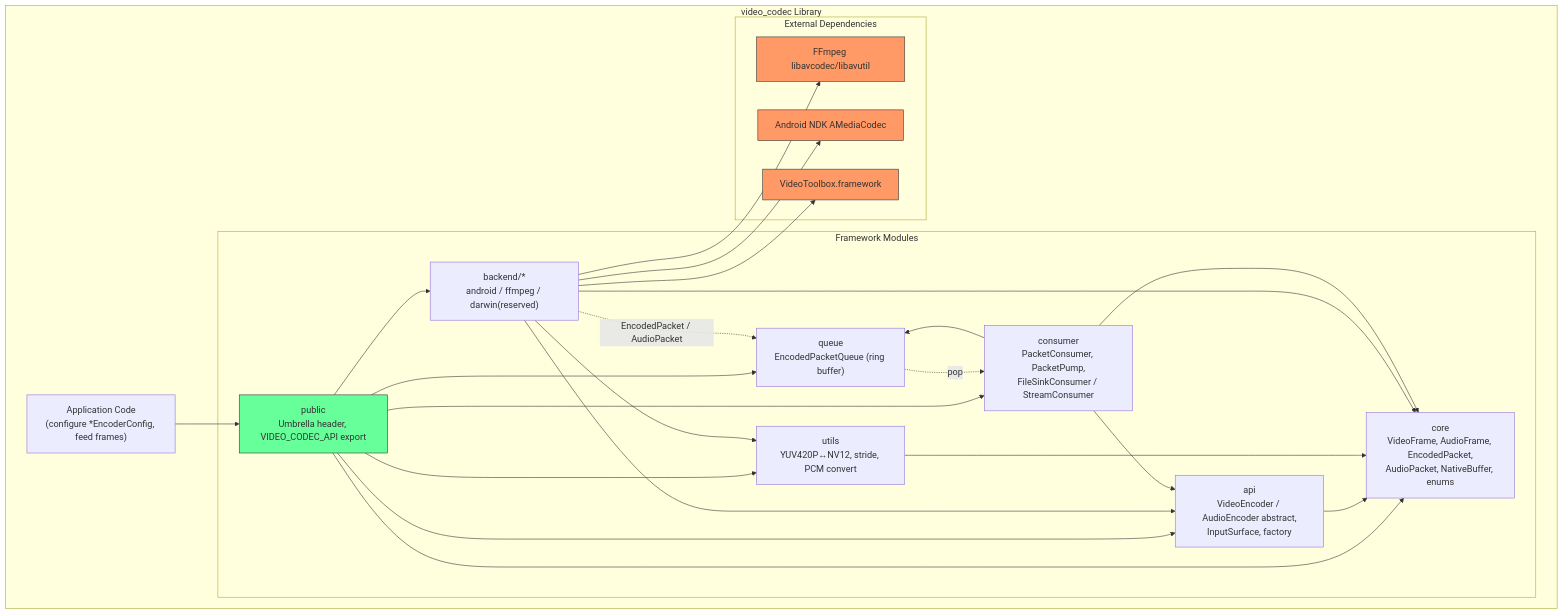
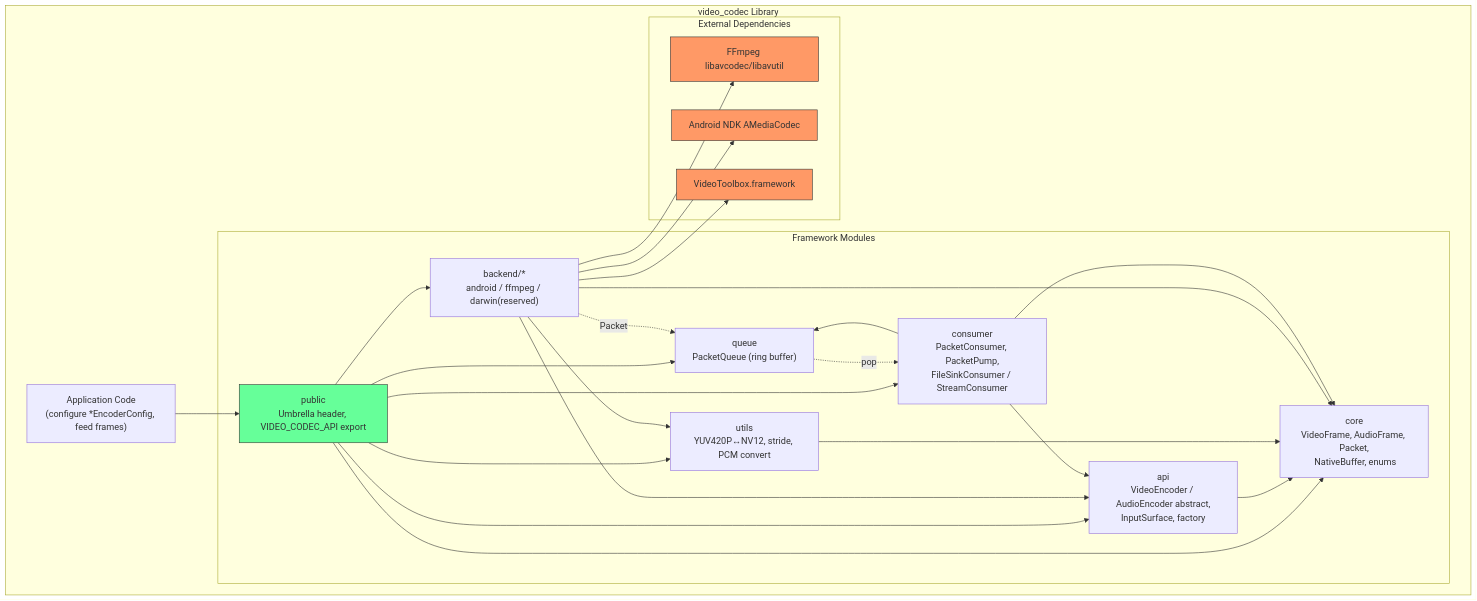
Before and after one commit to oxsource/video_codec: the first of 7 diagrams in specs/002-architecture-engineering-design/plan.md, drawn with Mermaid. The commit also changed other lines of this file and 55 other files, not shown here.

First line of the commit message:
refactor(core): unify Packet type (drop Encoded prefix, merge AudioPacket)

````diff
--- a/specs/002-architecture-engineering-design/plan.md
+++ b/specs/002-architecture-engineering-design/plan.md
@@ -133,48 +133,48 @@
 ```mermaid
 graph TD
     subgraph "video_codec Library"
         APP["Application Code<br/>(configure *EncoderConfig, feed frames)"]
 
         subgraph "Framework Modules"
-            CORE["core<br/>VideoFrame, AudioFrame, EncodedPacket,<br/>AudioPacket, NativeBuffer, enums"]
+            CORE["core<br/>VideoFrame, AudioFrame, Packet,<br/> NativeBuffer, enums"]
             API["api<br/>VideoEncoder / AudioEncoder abstract,<br/>InputSurface, factory"]
             UTILS["utils<br/>YUV420P↔NV12, stride, PCM convert"]
             BFF["backend/*<br/>android / ffmpeg / darwin(reserved)"]
-            QUEUE["queue<br/>EncodedPacketQueue (ring buffer)"]
+            QUEUE["queue<br/>PacketQueue (ring buffer)"]
             CONSUMER["consumer<br/>PacketConsumer, PacketPump,<br/>FileSinkConsumer / StreamConsumer"]
             PUBLIC["public<br/>Umbrella header, VIDEO_CODEC_API export"]
         end
 
         subgraph "External Dependencies"
             FFMPEG["FFmpeg libavcodec/libavutil"]
             NDK["Android NDK AMediaCodec"]
             VT["VideoToolbox.framework"]
         end
 
         APP --> PUBLIC
         PUBLIC --> API
         PUBLIC --> CORE
         PUBLIC --> UTILS
         PUBLIC --> BFF
         PUBLIC --> QUEUE
         PUBLIC --> CONSUMER
         API --> CORE
         UTILS --> CORE
         BFF --> API
         BFF --> CORE
         BFF --> UTILS
         BFF --> FFMPEG
         BFF --> NDK
         BFF --> VT
-        BFF -.->|EncodedPacket / AudioPacket| QUEUE
+        BFF -.->|Packet| QUEUE
         CONSUMER --> QUEUE
         CONSUMER --> API
         CONSUMER --> CORE
         QUEUE -.->|pop| CONSUMER
     end
 
     style FFMPEG fill:#f96,stroke:#333
     style NDK fill:#f96,stroke:#333
     style VT fill:#f96,stroke:#333
     style PUBLIC fill:#6f9,stroke:#333
 ```
````
